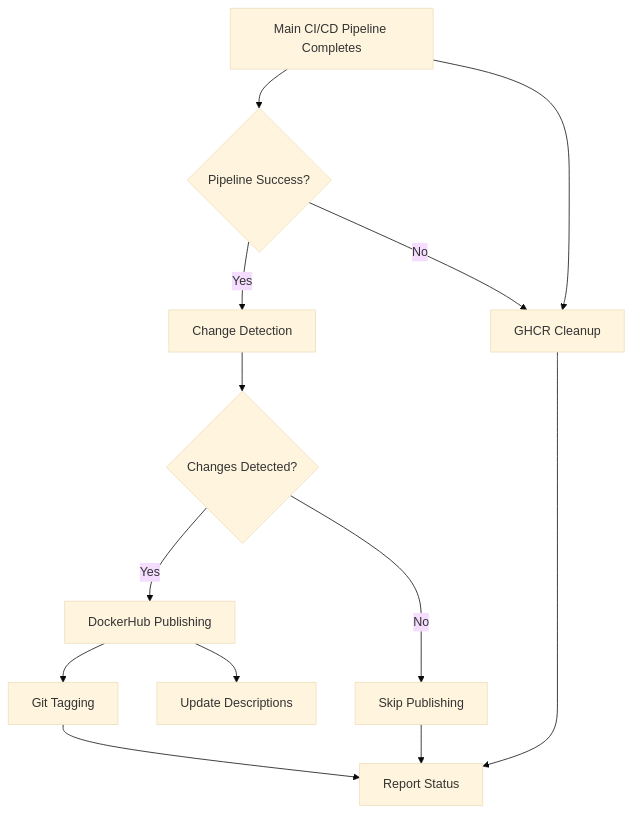
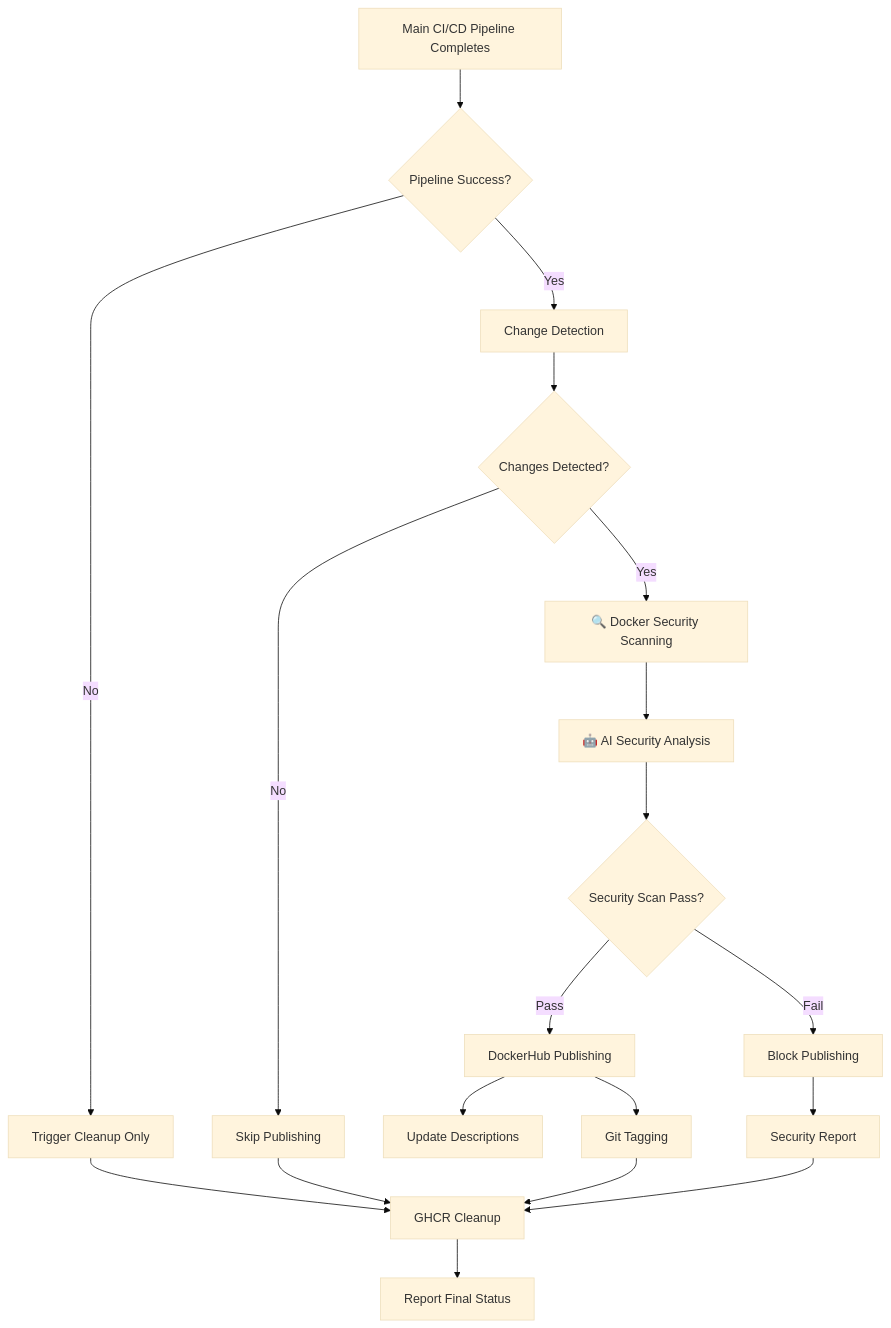
One commit to hitoshura25/mpo-api-authn-server changed the diagram in docs/development/workflows/main-branch-post-processing.md. Above: the diagram before and after it, drawn with Mermaid (base theme). The commit also changed other lines of this file and 2 other files, not shown here.

````diff
--- a/docs/development/workflows/main-branch-post-processing.md
+++ b/docs/development/workflows/main-branch-post-processing.md
@@ -39,15 +52,21 @@
 ```mermaid
 graph TD
-    A[Main CI/CD Pipeline Completes] --> B[GHCR Cleanup]
-    A --> C{Pipeline Success?}
+    A[Main CI/CD Pipeline Completes] --> C{Pipeline Success?}
     C -->|Yes| D[Change Detection]
-    C -->|No| B
+    C -->|No| L[Trigger Cleanup Only]
     D --> E{Changes Detected?}
-    E -->|Yes| F[DockerHub Publishing]
+    E -->|Yes| F[🔍 Docker Security Scanning]
     E -->|No| G[Skip Publishing]
-    F --> H[Update Descriptions]
-    F --> I[Git Tagging]
-    B --> J[Report Status]
-    G --> J
-    I --> J
+    F --> H[🤖 AI Security Analysis]
+    H --> I{Security Scan Pass?}
+    I -->|Pass| J[DockerHub Publishing]
+    I -->|Fail| K[Block Publishing]
+    J --> M[Update Descriptions]
+    J --> N[Git Tagging]
+    K --> O[Security Report]
+    L --> P[GHCR Cleanup]
+    G --> P
+    N --> P
+    O --> P
+    P --> Q[Report Final Status]
 ```
````
